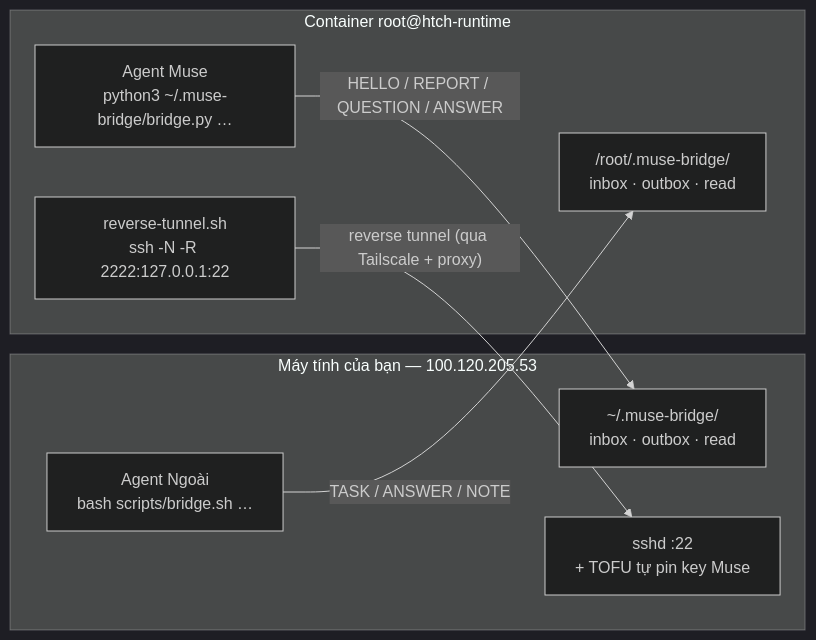
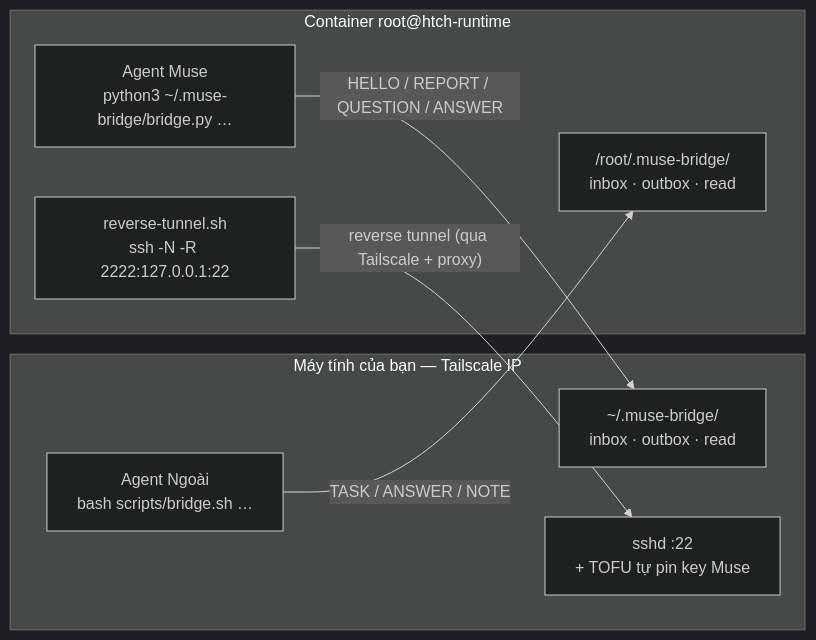
Before and after one commit to MinhBienK2/muse-auto-ssh: the diagram in README.md, drawn with Mermaid (dark theme). The commit also changed other lines of this file and 24 other files, not shown here.

````diff
--- a/README.md
+++ b/README.md
@@ -14,17 +14,17 @@
 ```mermaid
 flowchart LR
-    subgraph Local["Máy tính của bạn — 100.120.205.53"]
+    subgraph Local["Máy tính của bạn — Tailscale IP"]
         LA["Agent Ngoài<br/>bash scripts/bridge.sh …"]
         LS["~/.muse-bridge/<br/>inbox · outbox · read"]
         LD["sshd :22<br/>+ TOFU tự pin key Muse"]
     end
     subgraph Muse["Container root@htch-runtime"]
         MA["Agent Muse<br/>python3 ~/.muse-bridge/bridge.py …"]
         MS["/root/.muse-bridge/<br/>inbox · outbox · read"]
         MT["reverse-tunnel.sh<br/>ssh -N -R 2222:127.0.0.1:22"]
     end
 
     MA -->|"HELLO / REPORT / QUESTION / ANSWER"| LS
     LA -->|"TASK / ANSWER / NOTE"| MS
     MT -->|"reverse tunnel (qua Tailscale + proxy)"| LD
 ```
````
